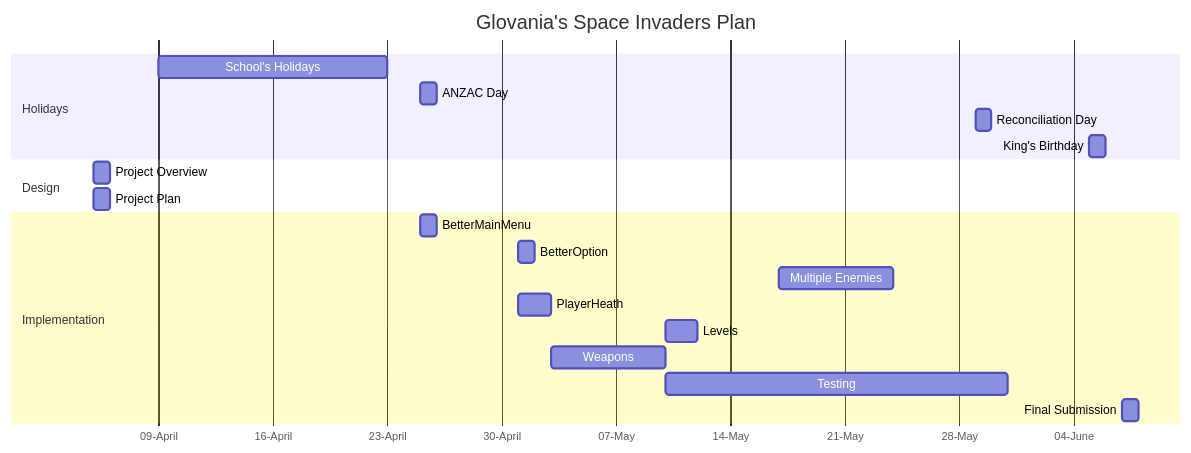
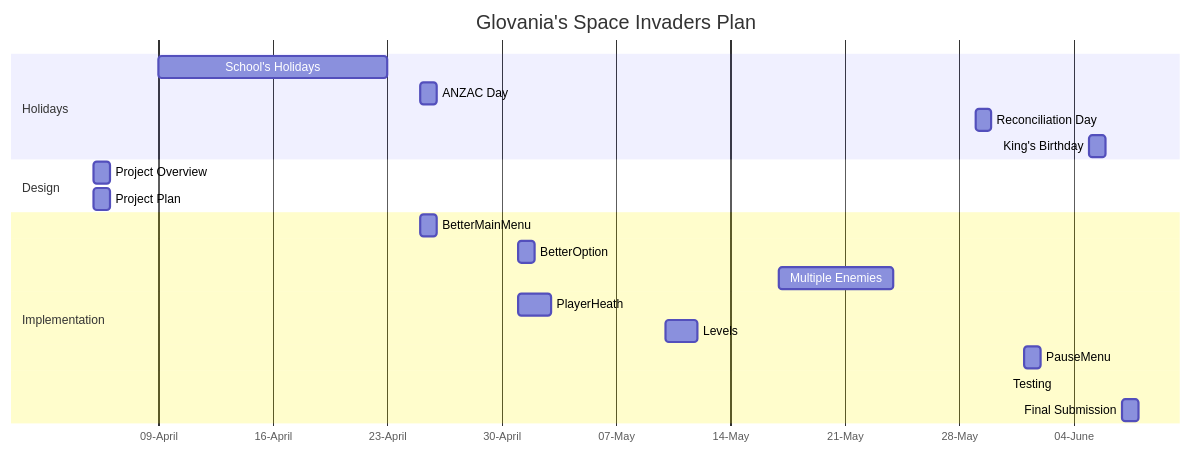
Before and after one commit to Glovania/Space-Invading: the diagram in Design.md, drawn with Mermaid.

Commit message:
Update 'Design.md' File

````diff
--- a/Design.md
+++ b/Design.md
@@ -31,29 +31,29 @@
 ```mermaid
 gantt
     title Glovania's Space Invaders Plan
     dateFormat DD-MM-YYYY
     axisFormat %d-%B
     tickInterval 1week
 
     section Holidays
     School's Holidays: 09-04-2023, 23-04-2023
     ANZAC Day: 25-04-2023, 1d
     Reconciliation Day: 29-05-2023, 1d
     King's Birthday: 05-06-2023, 1d
 
     section Design
     Project Overview: 05-04-2023, 1d
     Project Plan: 05-04-2023, 1d
 
     section Implementation
     BetterMainMenu: 25-04-2023, 1d
     BetterOption: 01-05-2023, 1d
     Multiple Enemies: 17-05-2023, 24-05-2023
     PlayerHeath: 01-05-2023, 03-05-2023
     Levels: 10-05-2023, 12-05-2023
-    Weapons: 03-05-2023, 10-05-2023
+    PauseMenu: 01-06-2023, 1d
 
 
     Testing: 31-05-2023
     Final Submission: 07-06-2023, 1d
 ```
````
